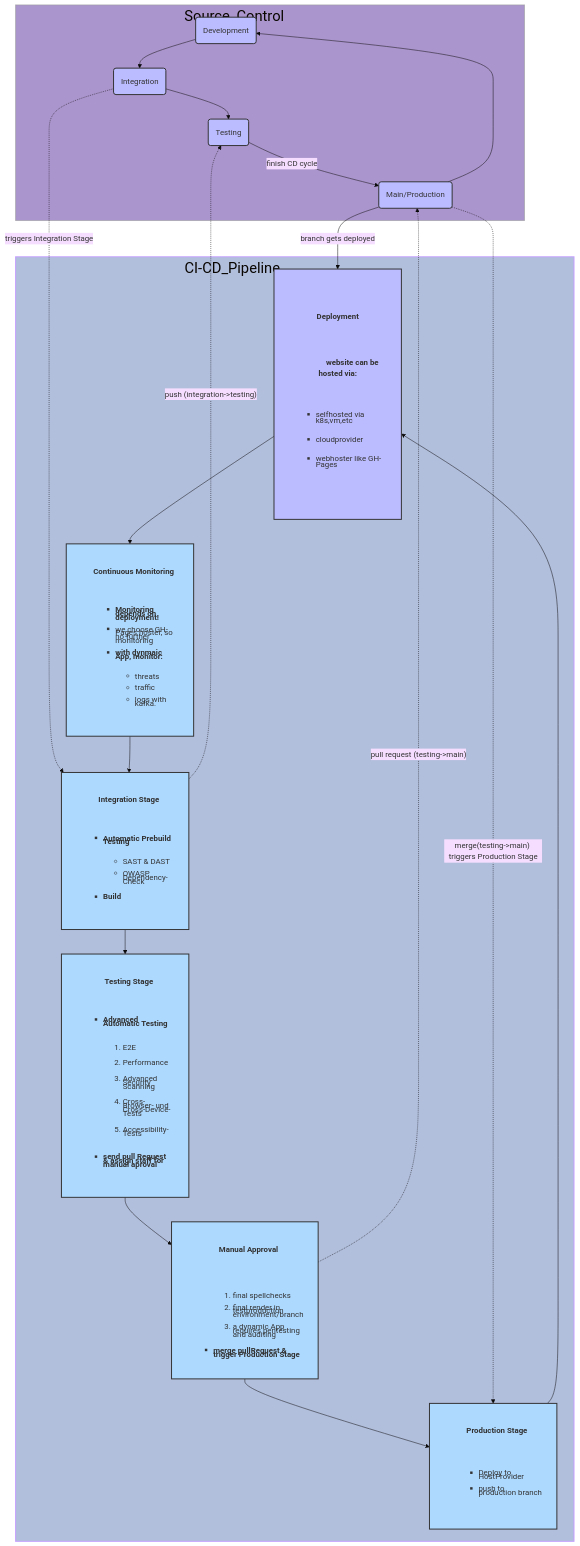
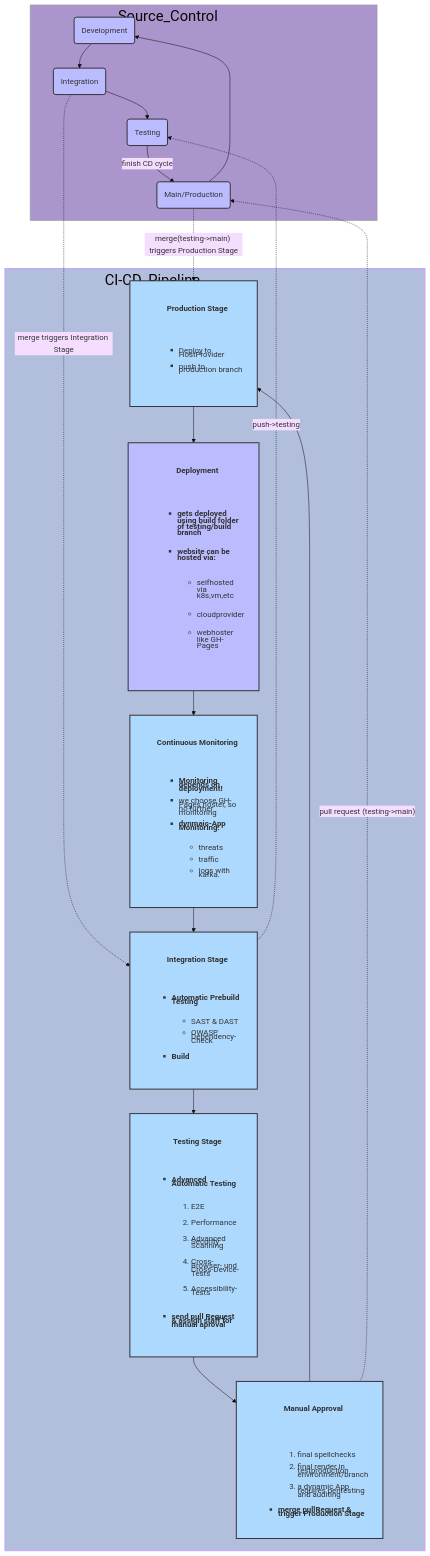
Before and after one commit to ji-podhead/ji-podhead-blog: the diagram in README.md, drawn with Mermaid (base theme).

```diff
--- a/README.md
+++ b/README.md
@@ -72,15 +72,17 @@
 		</div>
 		]
 	GH[
-		<div style="text-align: center;">
+               <div style="text-align: center;margin-left: 15px; line-height: 0.5;">
 		<h4>Deployment</h4>
-		
-		<b>website can be hosted via:</b>
 		<ul style="text-align: left;list-style: square; margin-left: 15px; line-height: 0.8;">	
-		<li>selfhosted via k8s,vm,etc</li>
+		<li><b>gets deployed using build folder of testing/build branch</b></li>
+		<li><b>website can be hosted via:</b></li>
+		<ul>
+<li>selfhosted via k8s,vm,etc</li>
 		<li>cloudprovider</li>
 		<li>webhoster like GH-Pages</li>
 		</ul>
+</ul>
 		</div>
   	]
 	Monitoring[
@@ -89,7 +91,7 @@
 		<ul style="text-align: left;list-style: square; margin-left: 15px; line-height: 0.5;">	
 		<li><b>Monitoring depends on deployment!</b></li>
 		<li>we choose GH-Pages hoster, so no further monitoring</li>
-		<li><b>with dynmaic App, monitor:</b></li>
+		<li><b>dynmaic-App Monitoring:</b></li>
 		<ul>
 		<li>threats</li>
 		<li>traffic</li>
@@ -107,12 +109,12 @@
 	M --> D
 	D --> I
 	I --> T
-	M --"branch gets deployed"--> GH
+
 	T --"finish CD cycle"--> M 
 	Integration --> Testing
 	
-	I -. "triggers Integration Stage".-> Integration
-    	Integration -. "push (integration->testing)".-> T
+	I -. "merge triggers Integration Stage".-> Integration
+    	Integration -. "push->testing".-> T
       	Testing --> Manual_Approval
    	Manual_Approval --> Production 
        	Manual_Approval -."pull request (testing->main)".-> M
```
